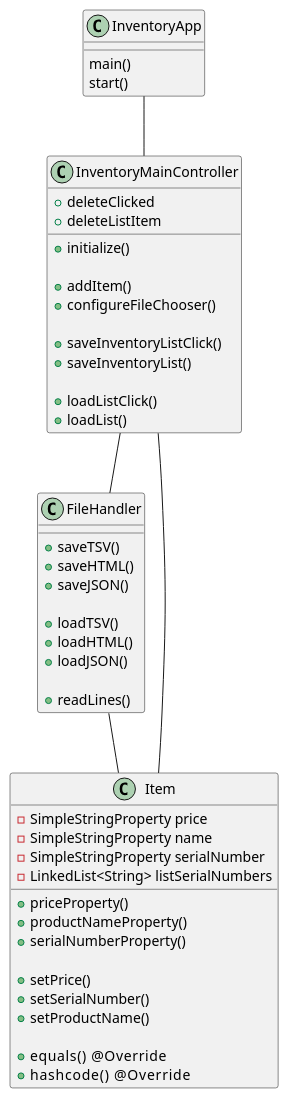
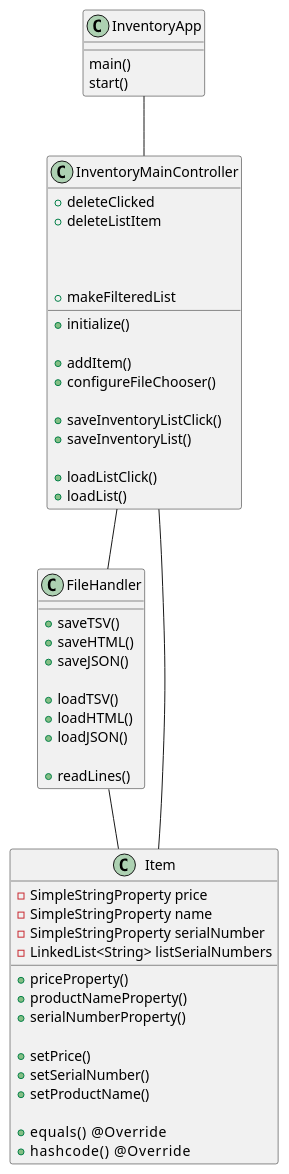
One commit to AndresCKF/Rosales-7752-a5 changed the diagram in UML/InventoryApp.puml. Above: the diagram before and after it, drawn with PlantUML. The commit also changed 5 other files, not shown here.

```diff
--- a/UML/InventoryApp.puml
+++ b/UML/InventoryApp.puml
@@ -1,56 +1,57 @@
 @startuml
 class InventoryApp{
     main()
     start()
 }
 class FileHandler{
 
     +saveTSV()
     +saveHTML()
     +saveJSON()
 
     +loadTSV()
     +loadHTML()
     +loadJSON()
 
     +readLines()
 }
 class InventoryMainController{
     +initialize()
 
     +addItem()
     +deleteClicked
     +deleteListItem
 
     +configureFileChooser()
 
     +saveInventoryListClick()
     +saveInventoryList()
 
     +loadListClick()
     +loadList()
+    +makeFilteredList
 
 }
 class Item{
     -SimpleStringProperty price
     -SimpleStringProperty name
     -SimpleStringProperty serialNumber
     -LinkedList<String> listSerialNumbers
 
     +priceProperty()
     +productNameProperty()
     +serialNumberProperty()
 
     +setPrice()
     +setSerialNumber()
     +setProductName()
 
     +equals()    @Override
     +hashcode()     @Override
 
 }
 InventoryApp -- InventoryMainController
 InventoryMainController -- FileHandler
 InventoryMainController -- Item
 FileHandler -- Item
 @enduml
```
